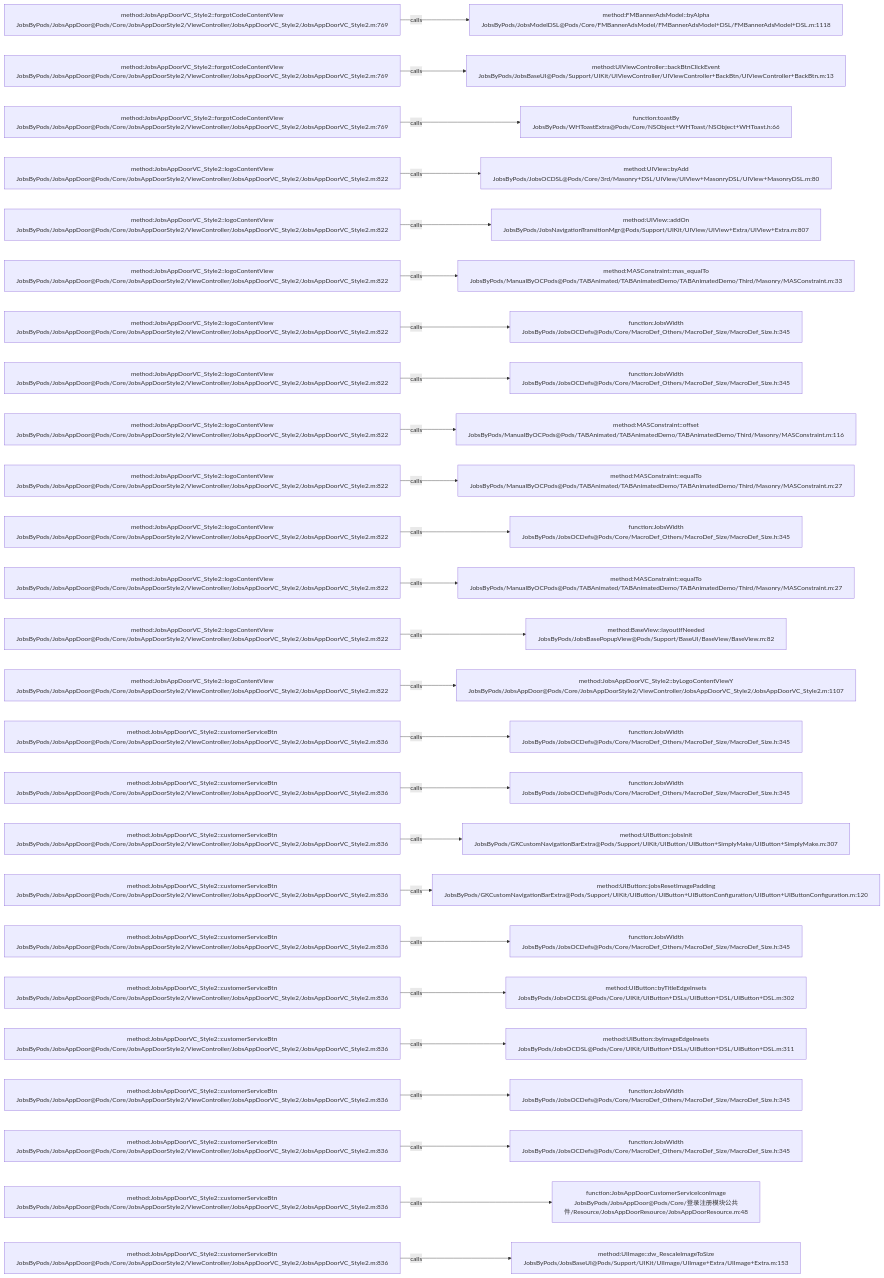
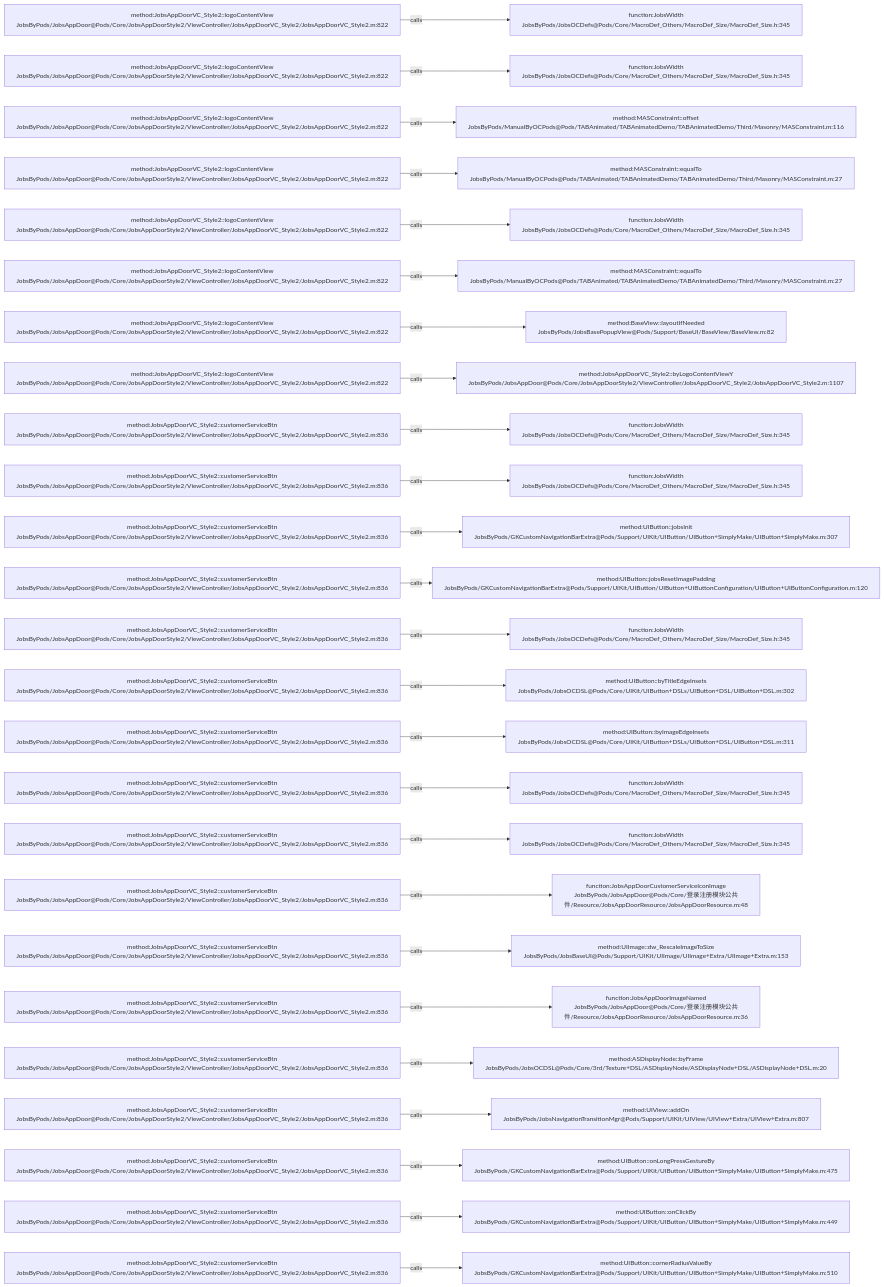
Before and after one commit to JobsKits/JobsOCBaseConfigDemo: the diagram in .codegraph/codegraph.md/graphs/calls-143.md, drawn with Mermaid. The commit also changed 116 other files, not shown here.

````diff
--- a/.codegraph/codegraph.md/graphs/calls-143.md
+++ b/.codegraph/codegraph.md/graphs/calls-143.md
@@ -13,78 +13,78 @@
 ```mermaid
 flowchart LR
-  S1["method:JobsAppDoorVC_Style2::forgotCodeContentView<br/>JobsByPods/JobsAppDoor@Pods/Core/JobsAppDoorStyle2/ViewController/JobsAppDoorVC_Style2/JobsAppDoorVC_Style2.m:769"]
-  T1["method:FMBannerAdsModel::byAlpha<br/>JobsByPods/JobsModelDSL@Pods/Core/FMBannerAdsModel/FMBannerAdsModel+DSL/FMBannerAdsModel+DSL.m:1118"]
+  S1["method:JobsAppDoorVC_Style2::logoContentView<br/>JobsByPods/JobsAppDoor@Pods/Core/JobsAppDoorStyle2/ViewController/JobsAppDoorVC_Style2/JobsAppDoorVC_Style2.m:822"]
+  T1["function:JobsWidth<br/>JobsByPods/JobsOCDefs@Pods/Core/MacroDef_Others/MacroDef_Size/MacroDef_Size.h:345"]
   S1 -->|calls| T1
-  S2["method:JobsAppDoorVC_Style2::forgotCodeContentView<br/>JobsByPods/JobsAppDoor@Pods/Core/JobsAppDoorStyle2/ViewController/JobsAppDoorVC_Style2/JobsAppDoorVC_Style2.m:769"]
-  T2["method:UIViewController::backBtnClickEvent<br/>JobsByPods/JobsBaseUI@Pods/Support/UIKit/UIViewController/UIViewController+BackBtn/UIViewController+BackBtn.m:13"]
+  S2["method:JobsAppDoorVC_Style2::logoContentView<br/>JobsByPods/JobsAppDoor@Pods/Core/JobsAppDoorStyle2/ViewController/JobsAppDoorVC_Style2/JobsAppDoorVC_Style2.m:822"]
+  T2["function:JobsWidth<br/>JobsByPods/JobsOCDefs@Pods/Core/MacroDef_Others/MacroDef_Size/MacroDef_Size.h:345"]
   S2 -->|calls| T2
-  S3["method:JobsAppDoorVC_Style2::forgotCodeContentView<br/>JobsByPods/JobsAppDoor@Pods/Core/JobsAppDoorStyle2/ViewController/JobsAppDoorVC_Style2/JobsAppDoorVC_Style2.m:769"]
-  T3["function:toastBy<br/>JobsByPods/WHToastExtra@Pods/Core/NSObject+WHToast/NSObject+WHToast.h:66"]
+  S3["method:JobsAppDoorVC_Style2::logoContentView<br/>JobsByPods/JobsAppDoor@Pods/Core/JobsAppDoorStyle2/ViewController/JobsAppDoorVC_Style2/JobsAppDoorVC_Style2.m:822"]
+  T3["method:MASConstraint::offset<br/>JobsByPods/ManualByOCPods@Pods/TABAnimated/TABAnimatedDemo/TABAnimatedDemo/Third/Masonry/MASConstraint.m:116"]
   S3 -->|calls| T3
   S4["method:JobsAppDoorVC_Style2::logoContentView<br/>JobsByPods/JobsAppDoor@Pods/Core/JobsAppDoorStyle2/ViewController/JobsAppDoorVC_Style2/JobsAppDoorVC_Style2.m:822"]
-  T4["method:UIView::byAdd<br/>JobsByPods/JobsOCDSL@Pods/Core/3rd/Masonry+DSL/UIView/UIView+MasonryDSL/UIView+MasonryDSL.m:80"]
+  T4["method:MASConstraint::equalTo<br/>JobsByPods/ManualByOCPods@Pods/TABAnimated/TABAnimatedDemo/TABAnimatedDemo/Third/Masonry/MASConstraint.m:27"]
   S4 -->|calls| T4
   S5["method:JobsAppDoorVC_Style2::logoContentView<br/>JobsByPods/JobsAppDoor@Pods/Core/JobsAppDoorStyle2/ViewController/JobsAppDoorVC_Style2/JobsAppDoorVC_Style2.m:822"]
-  T5["method:UIView::addOn<br/>JobsByPods/JobsNavigationTransitionMgr@Pods/Support/UIKit/UIView/UIView+Extra/UIView+Extra.m:807"]
+  T5["function:JobsWidth<br/>JobsByPods/JobsOCDefs@Pods/Core/MacroDef_Others/MacroDef_Size/MacroDef_Size.h:345"]
   S5 -->|calls| T5
   S6["method:JobsAppDoorVC_Style2::logoContentView<br/>JobsByPods/JobsAppDoor@Pods/Core/JobsAppDoorStyle2/ViewController/JobsAppDoorVC_Style2/JobsAppDoorVC_Style2.m:822"]
-  T6["method:MASConstraint::mas_equalTo<br/>JobsByPods/ManualByOCPods@Pods/TABAnimated/TABAnimatedDemo/TABAnimatedDemo/Third/Masonry/MASConstraint.m:33"]
+  T6["method:MASConstraint::equalTo<br/>JobsByPods/ManualByOCPods@Pods/TABAnimated/TABAnimatedDemo/TABAnimatedDemo/Third/Masonry/MASConstraint.m:27"]
   S6 -->|calls| T6
   S7["method:JobsAppDoorVC_Style2::logoContentView<br/>JobsByPods/JobsAppDoor@Pods/Core/JobsAppDoorStyle2/ViewController/JobsAppDoorVC_Style2/JobsAppDoorVC_Style2.m:822"]
-  T7["function:JobsWidth<br/>JobsByPods/JobsOCDefs@Pods/Core/MacroDef_Others/MacroDef_Size/MacroDef_Size.h:345"]
+  T7["method:BaseView::layoutIfNeeded<br/>JobsByPods/JobsBasePopupView@Pods/Support/BaseUI/BaseView/BaseView.m:82"]
   S7 -->|calls| T7
   S8["method:JobsAppDoorVC_Style2::logoContentView<br/>JobsByPods/JobsAppDoor@Pods/Core/JobsAppDoorStyle2/ViewController/JobsAppDoorVC_Style2/JobsAppDoorVC_Style2.m:822"]
-  T8["function:JobsWidth<br/>JobsByPods/JobsOCDefs@Pods/Core/MacroDef_Others/MacroDef_Size/MacroDef_Size.h:345"]
+  T8["method:JobsAppDoorVC_Style2::byLogoContentViewY<br/>JobsByPods/JobsAppDoor@Pods/Core/JobsAppDoorStyle2/ViewController/JobsAppDoorVC_Style2/JobsAppDoorVC_Style2.m:1107"]
   S8 -->|calls| T8
-  S9["method:JobsAppDoorVC_Style2::logoContentView<br/>JobsByPods/JobsAppDoor@Pods/Core/JobsAppDoorStyle2/ViewController/JobsAppDoorVC_Style2/JobsAppDoorVC_Style2.m:822"]
-  T9["method:MASConstraint::offset<br/>JobsByPods/ManualByOCPods@Pods/TABAnimated/TABAnimatedDemo/TABAnimatedDemo/Third/Masonry/MASConstraint.m:116"]
+  S9["method:JobsAppDoorVC_Style2::customerServiceBtn<br/>JobsByPods/JobsAppDoor@Pods/Core/JobsAppDoorStyle2/ViewController/JobsAppDoorVC_Style2/JobsAppDoorVC_Style2.m:836"]
+  T9["function:JobsWidth<br/>JobsByPods/JobsOCDefs@Pods/Core/MacroDef_Others/MacroDef_Size/MacroDef_Size.h:345"]
   S9 -->|calls| T9
-  S10["method:JobsAppDoorVC_Style2::logoContentView<br/>JobsByPods/JobsAppDoor@Pods/Core/JobsAppDoorStyle2/ViewController/JobsAppDoorVC_Style2/JobsAppDoorVC_Style2.m:822"]
-  T10["method:MASConstraint::equalTo<br/>JobsByPods/ManualByOCPods@Pods/TABAnimated/TABAnimatedDemo/TABAnimatedDemo/Third/Masonry/MASConstraint.m:27"]
+  S10["method:JobsAppDoorVC_Style2::customerServiceBtn<br/>JobsByPods/JobsAppDoor@Pods/Core/JobsAppDoorStyle2/ViewController/JobsAppDoorVC_Style2/JobsAppDoorVC_Style2.m:836"]
+  T10["function:JobsWidth<br/>JobsByPods/JobsOCDefs@Pods/Core/MacroDef_Others/MacroDef_Size/MacroDef_Size.h:345"]
   S10 -->|calls| T10
-  S11["method:JobsAppDoorVC_Style2::logoContentView<br/>JobsByPods/JobsAppDoor@Pods/Core/JobsAppDoorStyle2/ViewController/JobsAppDoorVC_Style2/JobsAppDoorVC_Style2.m:822"]
-  T11["function:JobsWidth<br/>JobsByPods/JobsOCDefs@Pods/Core/MacroDef_Others/MacroDef_Size/MacroDef_Size.h:345"]
+  S11["method:JobsAppDoorVC_Style2::customerServiceBtn<br/>JobsByPods/JobsAppDoor@Pods/Core/JobsAppDoorStyle2/ViewController/JobsAppDoorVC_Style2/JobsAppDoorVC_Style2.m:836"]
+  T11["method:UIButton::jobsInit<br/>JobsByPods/GKCustomNavigationBarExtra@Pods/Support/UIKit/UIButton/UIButton+SimplyMake/UIButton+SimplyMake.m:307"]
   S11 -->|calls| T11
-  S12["method:JobsAppDoorVC_Style2::logoContentView<br/>JobsByPods/JobsAppDoor@Pods/Core/JobsAppDoorStyle2/ViewController/JobsAppDoorVC_Style2/JobsAppDoorVC_Style2.m:822"]
-  T12["method:MASConstraint::equalTo<br/>JobsByPods/ManualByOCPods@Pods/TABAnimated/TABAnimatedDemo/TABAnimatedDemo/Third/Masonry/MASConstraint.m:27"]
+  S12["method:JobsAppDoorVC_Style2::customerServiceBtn<br/>JobsByPods/JobsAppDoor@Pods/Core/JobsAppDoorStyle2/ViewController/JobsAppDoorVC_Style2/JobsAppDoorVC_Style2.m:836"]
+  T12["method:UIButton::jobsResetImagePadding<br/>JobsByPods/GKCustomNavigationBarExtra@Pods/Support/UIKit/UIButton/UIButton+UIButtonConfiguration/UIButton+UIButtonConfiguration.m:120"]
   S12 -->|calls| T12
-  S13["method:JobsAppDoorVC_Style2::logoContentView<br/>JobsByPods/JobsAppDoor@Pods/Core/JobsAppDoorStyle2/ViewController/JobsAppDoorVC_Style2/JobsAppDoorVC_Style2.m:822"]
-  T13["method:BaseView::layoutIfNeeded<br/>JobsByPods/JobsBasePopupView@Pods/Support/BaseUI/BaseView/BaseView.m:82"]
+  S13["method:JobsAppDoorVC_Style2::customerServiceBtn<br/>JobsByPods/JobsAppDoor@Pods/Core/JobsAppDoorStyle2/ViewController/JobsAppDoorVC_Style2/JobsAppDoorVC_Style2.m:836"]
+  T13["function:JobsWidth<br/>JobsByPods/JobsOCDefs@Pods/Core/MacroDef_Others/MacroDef_Size/MacroDef_Size.h:345"]
   S13 -->|calls| T13
-  S14["method:JobsAppDoorVC_Style2::logoContentView<br/>JobsByPods/JobsAppDoor@Pods/Core/JobsAppDoorStyle2/ViewController/JobsAppDoorVC_Style2/JobsAppDoorVC_Style2.m:822"]
-  T14["method:JobsAppDoorVC_Style2::byLogoContentViewY<br/>JobsByPods/JobsAppDoor@Pods/Core/JobsAppDoorStyle2/ViewController/JobsAppDoorVC_Style2/JobsAppDoorVC_Style2.m:1107"]
+  S14["method:JobsAppDoorVC_Style2::customerServiceBtn<br/>JobsByPods/JobsAppDoor@Pods/Core/JobsAppDoorStyle2/ViewController/JobsAppDoorVC_Style2/JobsAppDoorVC_Style2.m:836"]
+  T14["method:UIButton::byTitleEdgeInsets<br/>JobsByPods/JobsOCDSL@Pods/Core/UIKit/UIButton+DSLs/UIButton+DSL/UIButton+DSL.m:302"]
   S14 -->|calls| T14
   S15["method:JobsAppDoorVC_Style2::customerServiceBtn<br/>JobsByPods/JobsAppDoor@Pods/Core/JobsAppDoorStyle2/ViewController/JobsAppDoorVC_Style2/JobsAppDoorVC_Style2.m:836"]
-  T15["function:JobsWidth<br/>JobsByPods/JobsOCDefs@Pods/Core/MacroDef_Others/MacroDef_Size/MacroDef_Size.h:345"]
+  T15["method:UIButton::byImageEdgeInsets<br/>JobsByPods/JobsOCDSL@Pods/Core/UIKit/UIButton+DSLs/UIButton+DSL/UIButton+DSL.m:311"]
   S15 -->|calls| T15
   S16["method:JobsAppDoorVC_Style2::customerServiceBtn<br/>JobsByPods/JobsAppDoor@Pods/Core/JobsAppDoorStyle2/ViewController/JobsAppDoorVC_Style2/JobsAppDoorVC_Style2.m:836"]
   T16["function:JobsWidth<br/>JobsByPods/JobsOCDefs@Pods/Core/MacroDef_Others/MacroDef_Size/MacroDef_Size.h:345"]
   S16 -->|calls| T16
   S17["method:JobsAppDoorVC_Style2::customerServiceBtn<br/>JobsByPods/JobsAppDoor@Pods/Core/JobsAppDoorStyle2/ViewController/JobsAppDoorVC_Style2/JobsAppDoorVC_Style2.m:836"]
-  T17["method:UIButton::jobsInit<br/>JobsByPods/GKCustomNavigationBarExtra@Pods/Support/UIKit/UIButton/UIButton+SimplyMake/UIButton+SimplyMake.m:307"]
+  T17["function:JobsWidth<br/>JobsByPods/JobsOCDefs@Pods/Core/MacroDef_Others/MacroDef_Size/MacroDef_Size.h:345"]
   S17 -->|calls| T17
   S18["method:JobsAppDoorVC_Style2::customerServiceBtn<br/>JobsByPods/JobsAppDoor@Pods/Core/JobsAppDoorStyle2/ViewController/JobsAppDoorVC_Style2/JobsAppDoorVC_Style2.m:836"]
-  T18["method:UIButton::jobsResetImagePadding<br/>JobsByPods/GKCustomNavigationBarExtra@Pods/Support/UIKit/UIButton/UIButton+UIButtonConfiguration/UIButton+UIButtonConfiguration.m:120"]
+  T18["function:JobsAppDoorCustomerServiceIconImage<br/>JobsByPods/JobsAppDoor@Pods/Core/登录注册模块公共件/Resource/JobsAppDoorResource/JobsAppDoorResource.m:48"]
   S18 -->|calls| T18
   S19["method:JobsAppDoorVC_Style2::customerServiceBtn<br/>JobsByPods/JobsAppDoor@Pods/Core/JobsAppDoorStyle2/ViewController/JobsAppDoorVC_Style2/JobsAppDoorVC_Style2.m:836"]
-  T19["function:JobsWidth<br/>JobsByPods/JobsOCDefs@Pods/Core/MacroDef_Others/MacroDef_Size/MacroDef_Size.h:345"]
+  T19["method:UIImage::dw_RescaleImageToSize<br/>JobsByPods/JobsBaseUI@Pods/Support/UIKit/UIImage/UIImage+Extra/UIImage+Extra.m:153"]
   S19 -->|calls| T19
   S20["method:JobsAppDoorVC_Style2::customerServiceBtn<br/>JobsByPods/JobsAppDoor@Pods/Core/JobsAppDoorStyle2/ViewController/JobsAppDoorVC_Style2/JobsAppDoorVC_Style2.m:836"]
-  T20["method:UIButton::byTitleEdgeInsets<br/>JobsByPods/JobsOCDSL@Pods/Core/UIKit/UIButton+DSLs/UIButton+DSL/UIButton+DSL.m:302"]
+  T20["function:JobsAppDoorImageNamed<br/>JobsByPods/JobsAppDoor@Pods/Core/登录注册模块公共件/Resource/JobsAppDoorResource/JobsAppDoorResource.m:36"]
   S20 -->|calls| T20
   S21["method:JobsAppDoorVC_Style2::customerServiceBtn<br/>JobsByPods/JobsAppDoor@Pods/Core/JobsAppDoorStyle2/ViewController/JobsAppDoorVC_Style2/JobsAppDoorVC_Style2.m:836"]
-  T21["method:UIButton::byImageEdgeInsets<br/>JobsByPods/JobsOCDSL@Pods/Core/UIKit/UIButton+DSLs/UIButton+DSL/UIButton+DSL.m:311"]
+  T21["method:ASDisplayNode::byFrame<br/>JobsByPods/JobsOCDSL@Pods/Core/3rd/Texture+DSL/ASDisplayNode/ASDisplayNode+DSL/ASDisplayNode+DSL.m:20"]
   S21 -->|calls| T21
   S22["method:JobsAppDoorVC_Style2::customerServiceBtn<br/>JobsByPods/JobsAppDoor@Pods/Core/JobsAppDoorStyle2/ViewController/JobsAppDoorVC_Style2/JobsAppDoorVC_Style2.m:836"]
-  T22["function:JobsWidth<br/>JobsByPods/JobsOCDefs@Pods/Core/MacroDef_Others/MacroDef_Size/MacroDef_Size.h:345"]
+  T22["method:UIView::addOn<br/>JobsByPods/JobsNavigationTransitionMgr@Pods/Support/UIKit/UIView/UIView+Extra/UIView+Extra.m:807"]
   S22 -->|calls| T22
   S23["method:JobsAppDoorVC_Style2::customerServiceBtn<br/>JobsByPods/JobsAppDoor@Pods/Core/JobsAppDoorStyle2/ViewController/JobsAppDoorVC_Style2/JobsAppDoorVC_Style2.m:836"]
-  T23["function:JobsWidth<br/>JobsByPods/JobsOCDefs@Pods/Core/MacroDef_Others/MacroDef_Size/MacroDef_Size.h:345"]
+  T23["method:UIButton::onLongPressGestureBy<br/>JobsByPods/GKCustomNavigationBarExtra@Pods/Support/UIKit/UIButton/UIButton+SimplyMake/UIButton+SimplyMake.m:475"]
   S23 -->|calls| T23
   S24["method:JobsAppDoorVC_Style2::customerServiceBtn<br/>JobsByPods/JobsAppDoor@Pods/Core/JobsAppDoorStyle2/ViewController/JobsAppDoorVC_Style2/JobsAppDoorVC_Style2.m:836"]
-  T24["function:JobsAppDoorCustomerServiceIconImage<br/>JobsByPods/JobsAppDoor@Pods/Core/登录注册模块公共件/Resource/JobsAppDoorResource/JobsAppDoorResource.m:48"]
+  T24["method:UIButton::onClickBy<br/>JobsByPods/GKCustomNavigationBarExtra@Pods/Support/UIKit/UIButton/UIButton+SimplyMake/UIButton+SimplyMake.m:449"]
   S24 -->|calls| T24
   S25["method:JobsAppDoorVC_Style2::customerServiceBtn<br/>JobsByPods/JobsAppDoor@Pods/Core/JobsAppDoorStyle2/ViewController/JobsAppDoorVC_Style2/JobsAppDoorVC_Style2.m:836"]
-  T25["method:UIImage::dw_RescaleImageToSize<br/>JobsByPods/JobsBaseUI@Pods/Support/UIKit/UIImage/UIImage+Extra/UIImage+Extra.m:153"]
+  T25["method:UIButton::cornerRadiusValueBy<br/>JobsByPods/GKCustomNavigationBarExtra@Pods/Support/UIKit/UIButton/UIButton+SimplyMake/UIButton+SimplyMake.m:510"]
   S25 -->|calls| T25
 ```
````
